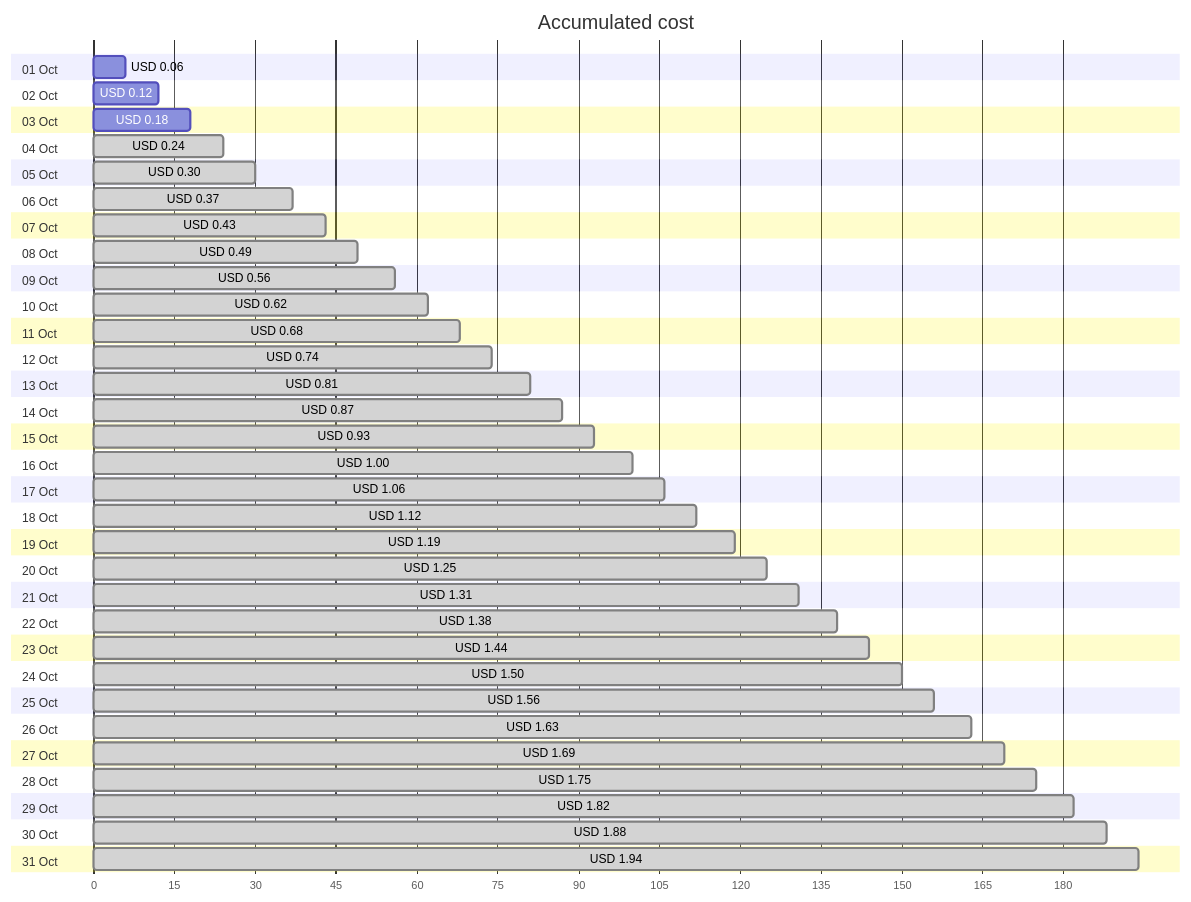
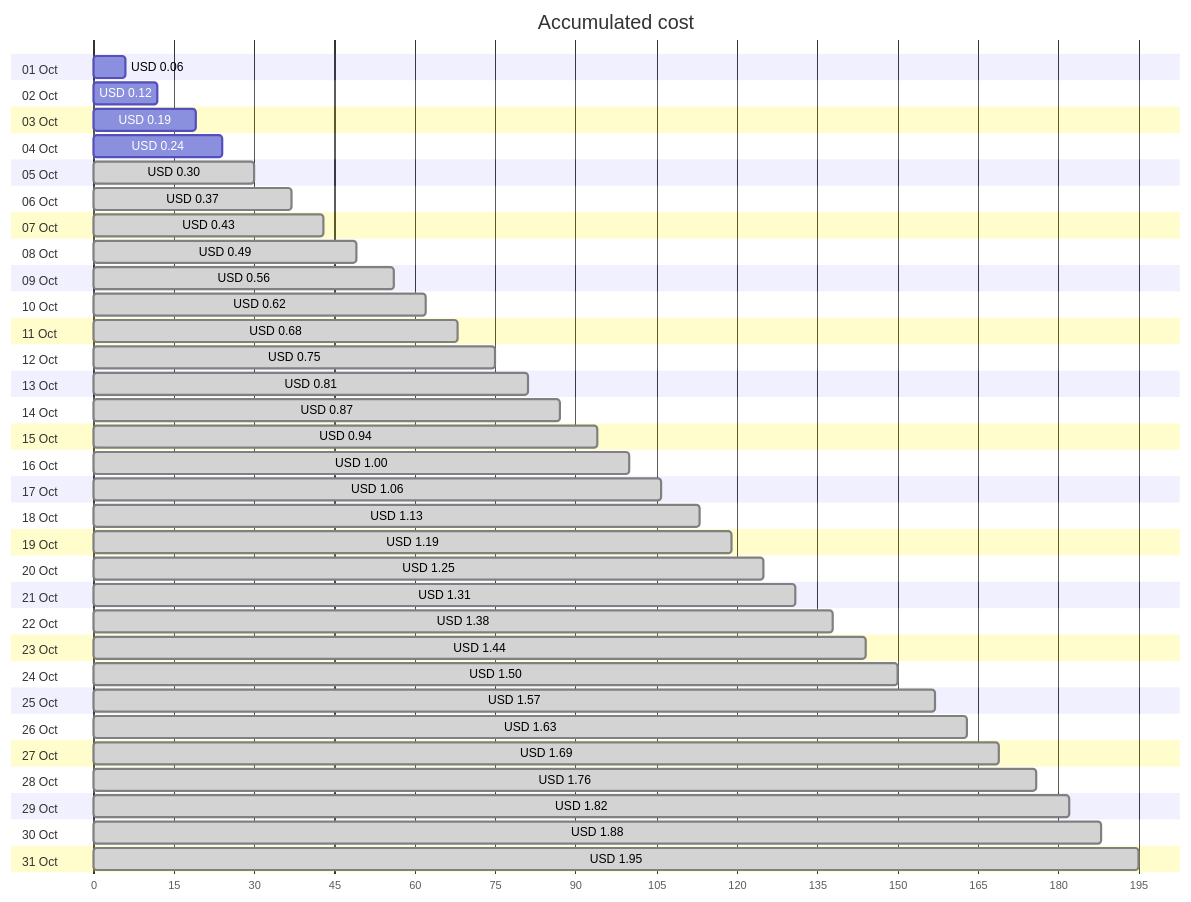
One commit to jpfulton/azure-personal-reports changed the first of 4 diagrams in cost-reports/personal-network/vpn-server_OsDisk.md. Above: the diagram before and after it, drawn with Mermaid. The commit also changed other lines of this file and 8 other files, not shown here.

````diff
--- a/cost-reports/personal-network/vpn-server_OsDisk.md
+++ b/cost-reports/personal-network/vpn-server_OsDisk.md
@@ -20,68 +20,68 @@
 ```mermaid
 gantt
    title Accumulated cost
    dateFormat  X
    axisFormat %s
    section 01 Oct
    USD 0.06 :0, 6
    section 02 Oct
    USD 0.12 :0, 12
    section 03 Oct
-   USD 0.18 :0, 18
+   USD 0.19 :0, 19
    section 04 Oct
-   USD 0.24 : done, 0, 24
+   USD 0.24 :0, 24
    section 05 Oct
    USD 0.30 : done, 0, 30
    section 06 Oct
    USD 0.37 : done, 0, 37
    section 07 Oct
    USD 0.43 : done, 0, 43
    section 08 Oct
    USD 0.49 : done, 0, 49
    section 09 Oct
    USD 0.56 : done, 0, 56
    section 10 Oct
    USD 0.62 : done, 0, 62
    section 11 Oct
    USD 0.68 : done, 0, 68
    section 12 Oct
-   USD 0.74 : done, 0, 74
+   USD 0.75 : done, 0, 75
    section 13 Oct
    USD 0.81 : done, 0, 81
    section 14 Oct
    USD 0.87 : done, 0, 87
    section 15 Oct
-   USD 0.93 : done, 0, 93
+   USD 0.94 : done, 0, 94
    section 16 Oct
    USD 1.00 : done, 0, 100
    section 17 Oct
    USD 1.06 : done, 0, 106
    section 18 Oct
-   USD 1.12 : done, 0, 112
+   USD 1.13 : done, 0, 113
    section 19 Oct
    USD 1.19 : done, 0, 119
    section 20 Oct
    USD 1.25 : done, 0, 125
    section 21 Oct
    USD 1.31 : done, 0, 131
    section 22 Oct
    USD 1.38 : done, 0, 138
    section 23 Oct
    USD 1.44 : done, 0, 144
    section 24 Oct
    USD 1.50 : done, 0, 150
    section 25 Oct
-   USD 1.56 : done, 0, 156
+   USD 1.57 : done, 0, 157
    section 26 Oct
    USD 1.63 : done, 0, 163
    section 27 Oct
    USD 1.69 : done, 0, 169
    section 28 Oct
-   USD 1.75 : done, 0, 175
+   USD 1.76 : done, 0, 176
    section 29 Oct
    USD 1.82 : done, 0, 182
    section 30 Oct
    USD 1.88 : done, 0, 188
    section 31 Oct
-   USD 1.94 : done, 0, 194
+   USD 1.95 : done, 0, 195
 ```
````
